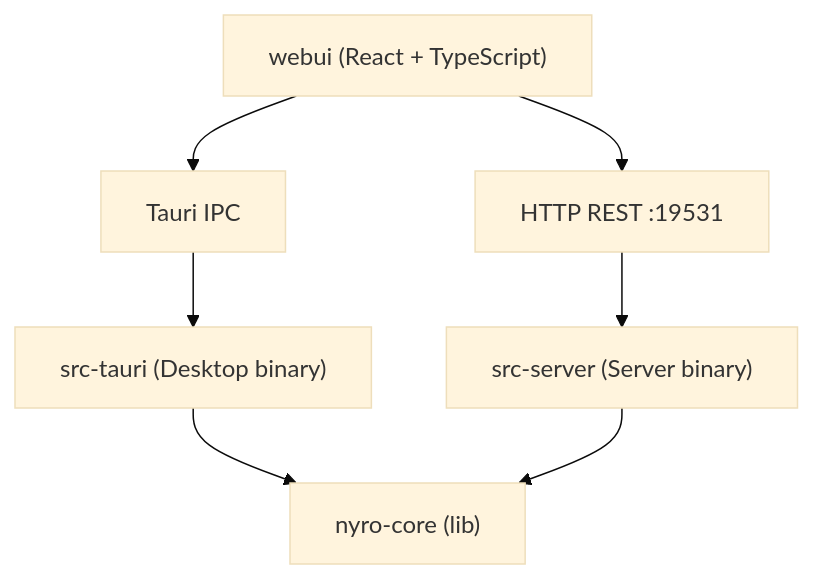
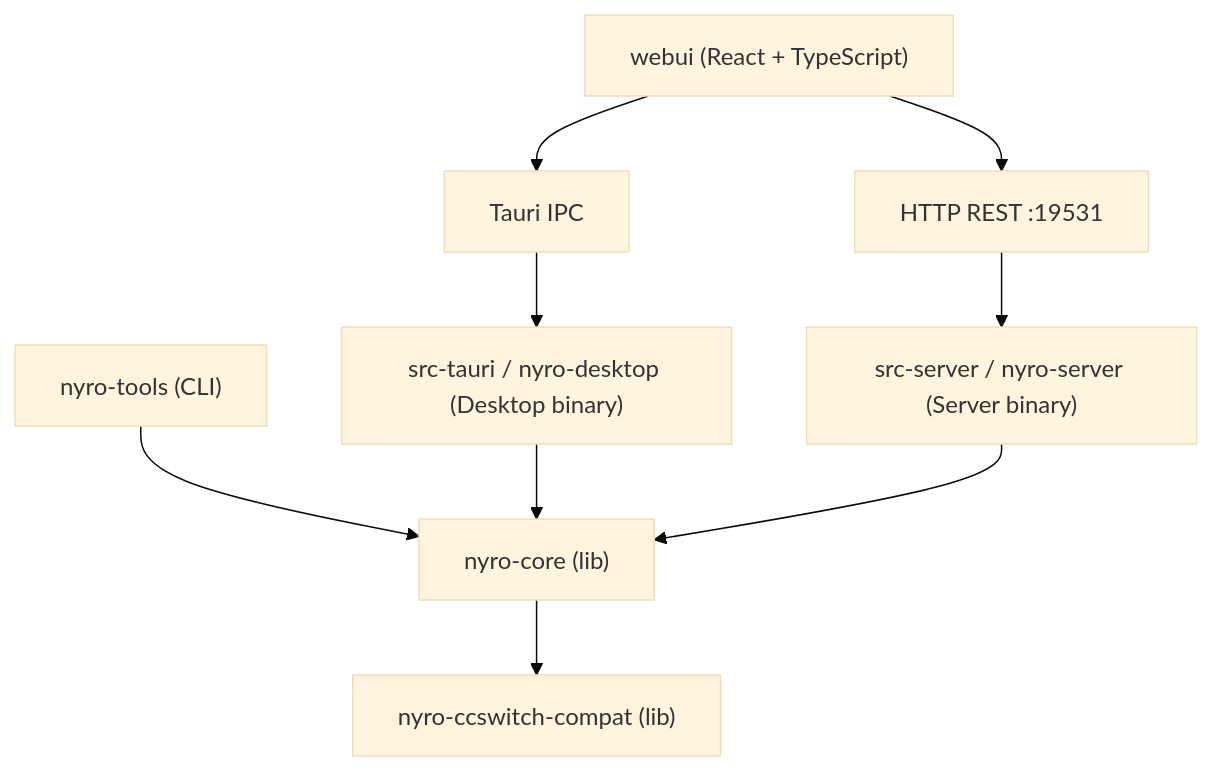
The diagram in docs/design/architecture.md (Link2Link/nyro), drawn with Mermaid (base theme) before and after one commit. The commit also changed other lines of this file, not shown here.

````diff
--- a/docs/design/architecture.md
+++ b/docs/design/architecture.md
@@ -157,16 +192,20 @@
 ```mermaid
 graph TD
     nyroCoreLib["nyro-core (lib)"]
-    srcTauri["src-tauri (Desktop binary)"]
-    srcServer["src-server (Server binary)"]
+    ccswitchCompat["nyro-ccswitch-compat (lib)"]
+    nyroTools["nyro-tools (CLI)"]
+    srcTauri["src-tauri / nyro-desktop (Desktop binary)"]
+    srcServer["src-server / nyro-server (Server binary)"]
     webui["webui (React + TypeScript)"]
     tauriIPC["Tauri IPC"]
     httpREST["HTTP REST :19531"]
 
+    nyroCoreLib --> ccswitchCompat
+    nyroTools --> nyroCoreLib
     srcTauri --> nyroCoreLib
     srcServer --> nyroCoreLib
     webui --> tauriIPC
     webui --> httpREST
     tauriIPC --> srcTauri
     httpREST --> srcServer
 ```
````
